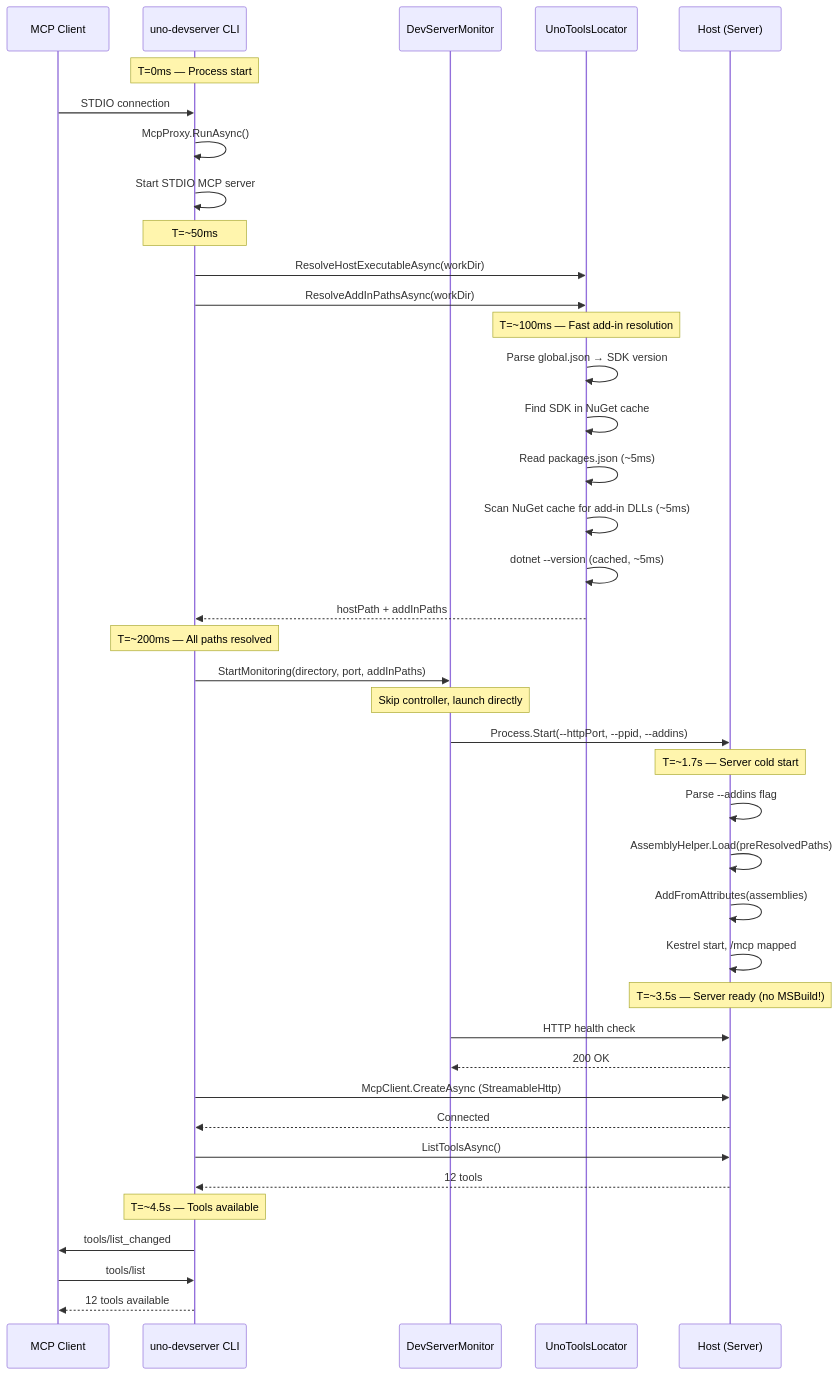
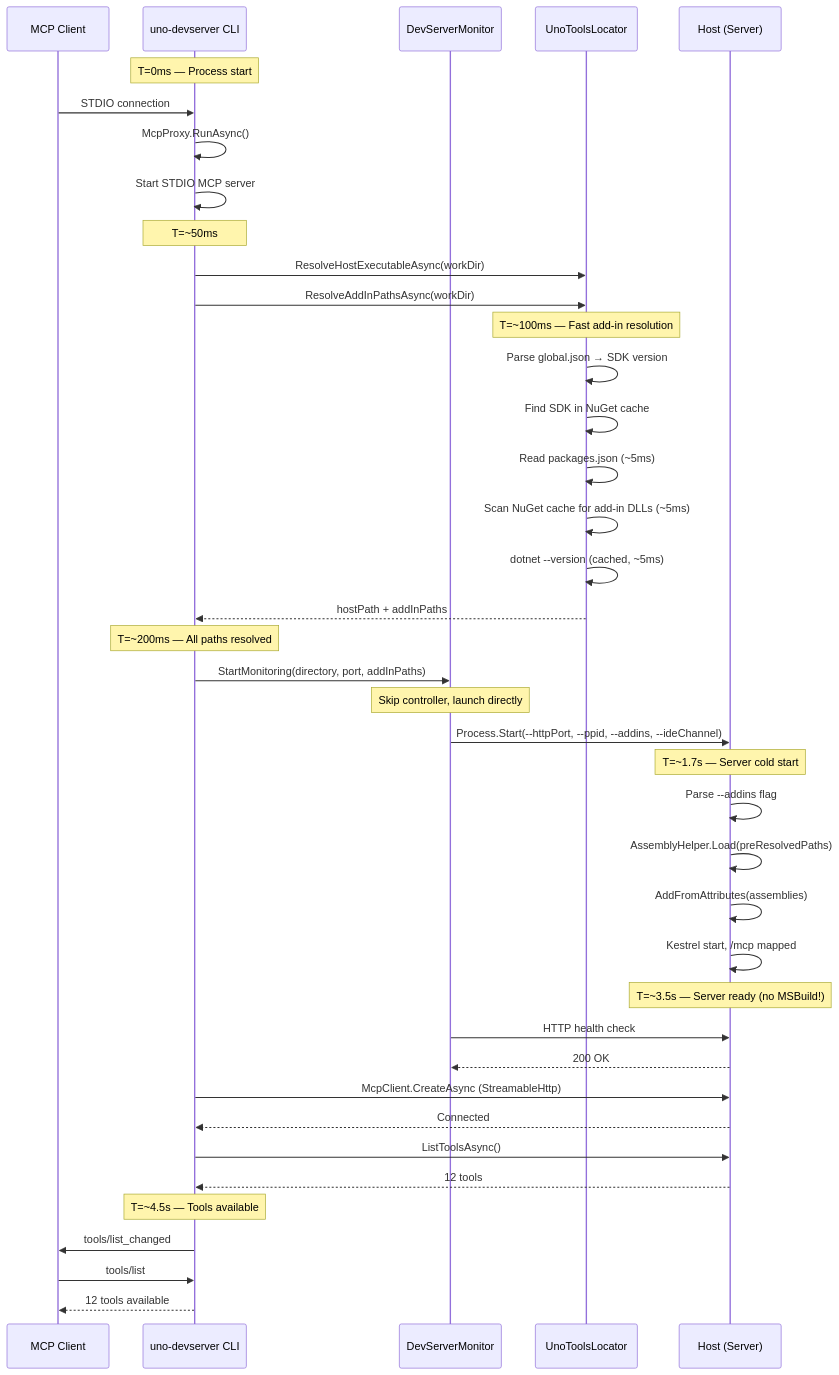
The eighth of 12 diagrams in specs/001-fast-devserver-startup/spec-appendix-a-startup-workflow.md (unoplatform/uno), drawn with Mermaid before and after one commit. The commit also changed other lines of this file and 4 other files, not shown here.

````diff
--- a/specs/001-fast-devserver-startup/spec-appendix-a-startup-workflow.md
+++ b/specs/001-fast-devserver-startup/spec-appendix-a-startup-workflow.md
@@ -382,59 +368,59 @@
 ```mermaid
 sequenceDiagram
     participant Client as MCP Client
     participant CLI as uno-devserver CLI
     participant Monitor as DevServerMonitor
     participant Locator as UnoToolsLocator
     participant Server as Host (Server)
 
     Note over CLI: T=0ms — Process start
 
     Client->>CLI: STDIO connection
     CLI->>CLI: McpProxy.RunAsync()
     CLI->>CLI: Start STDIO MCP server
 
     Note over CLI: T=~50ms
 
     CLI->>Locator: ResolveHostExecutableAsync(workDir)
     CLI->>Locator: ResolveAddInPathsAsync(workDir)
 
     Note over Locator: T=~100ms — Fast add-in resolution
 
     Locator->>Locator: Parse global.json → SDK version
     Locator->>Locator: Find SDK in NuGet cache
     Locator->>Locator: Read packages.json (~5ms)
     Locator->>Locator: Scan NuGet cache for add-in DLLs (~5ms)
     Locator->>Locator: dotnet --version (cached, ~5ms)
     Locator-->>CLI: hostPath + addInPaths
 
     Note over CLI: T=~200ms — All paths resolved
 
     CLI->>Monitor: StartMonitoring(directory, port, addInPaths)
 
     Note over Monitor: Skip controller, launch directly
 
-    Monitor->>Server: Process.Start(--httpPort, --ppid, --addins)
+    Monitor->>Server: Process.Start(--httpPort, --ppid, --addins, --ideChannel)
 
     Note over Server: T=~1.7s — Server cold start
 
     Server->>Server: Parse --addins flag
     Server->>Server: AssemblyHelper.Load(preResolvedPaths)
     Server->>Server: AddFromAttributes(assemblies)
     Server->>Server: Kestrel start, /mcp mapped
 
     Note over Server: T=~3.5s — Server ready (no MSBuild!)
 
     Monitor->>Server: HTTP health check
     Server-->>Monitor: 200 OK
 
     CLI->>Server: McpClient.CreateAsync (StreamableHttp)
     Server-->>CLI: Connected
     CLI->>Server: ListToolsAsync()
     Server-->>CLI: 12 tools
 
     Note over CLI: T=~4.5s — Tools available
 
     CLI->>Client: tools/list_changed
     Client->>CLI: tools/list
     CLI-->>Client: 12 tools available
 ```
````
